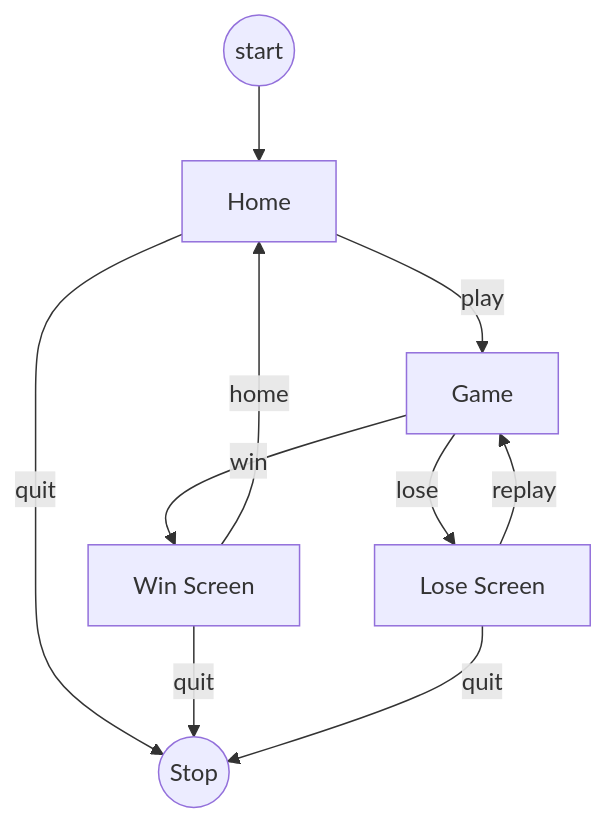
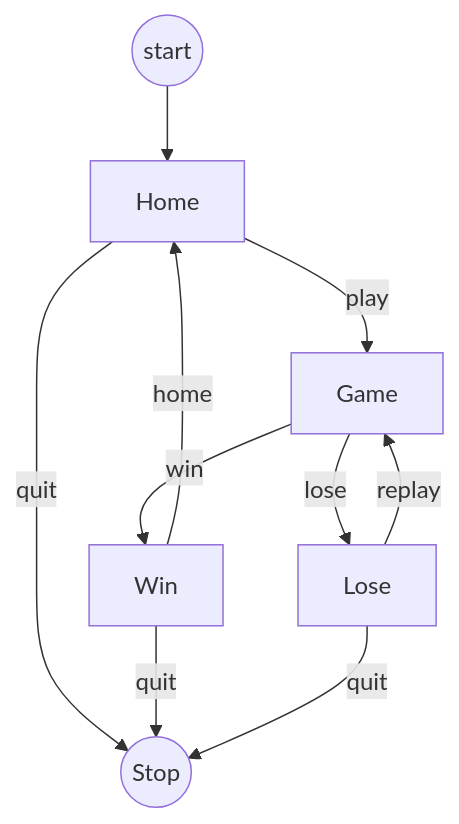
The first of 2 diagrams in clicker-game-new/game-structure.md (tank-king/katagames-docs), drawn with Mermaid before and after one commit. The commit also changed other lines of this file, not shown here.

````diff
--- a/clicker-game-new/game-structure.md
+++ b/clicker-game-new/game-structure.md
@@ -15,12 +19,12 @@
 ```mermaid
 flowchart TB
-    start((start)) --> Home
+    start((start)) --> Home[Home]
     Home --> |play| Game
     Home --> |quit| Stop((Stop))
-    Game --> |win| Win[Win Screen]
-    Game --> |lose| Lose[Lose Screen]
-    Win --> |home| Home
-    Win --> |quit| Stop
+    Game --> |win| Win[Win]
+    Game --> |lose| Lose[Lose]
+    Win  --> |home| Home
+    Win  --> |quit| Stop
     Lose --> |replay| Game
     Lose --> |quit| Stop
 ```
````
